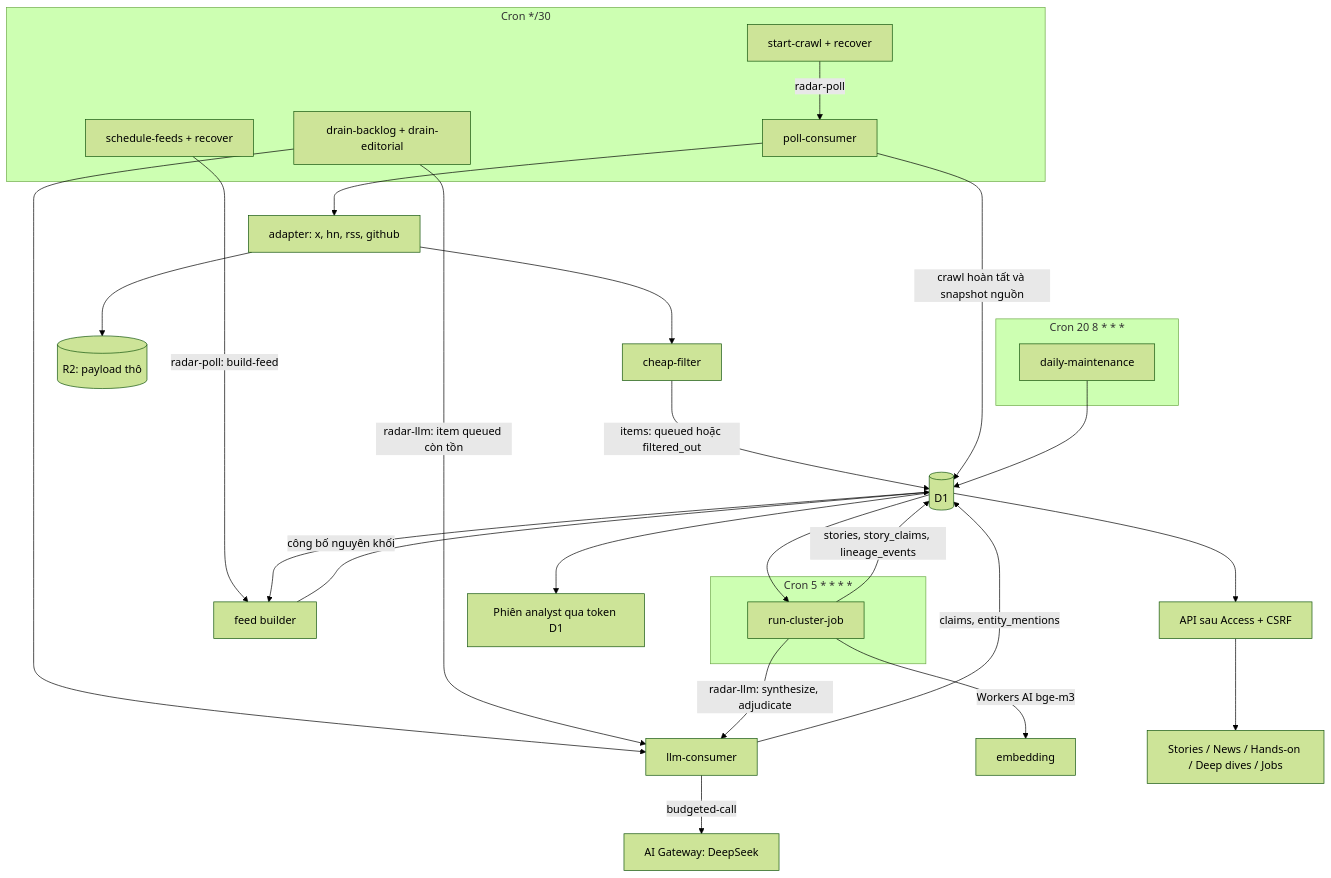
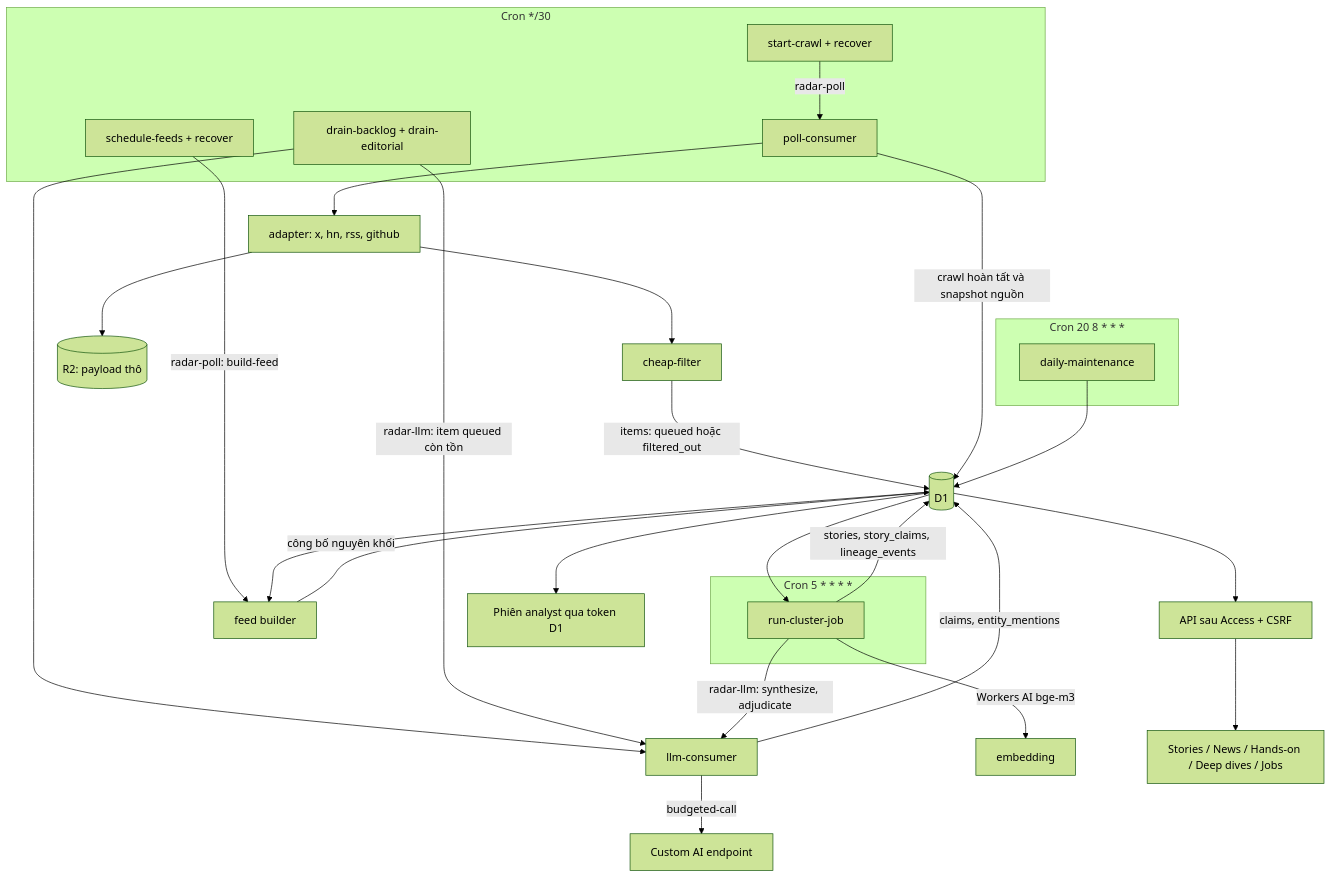
The diagram in docs/architecture.md (dijnie/content-radar), drawn with Mermaid (forest theme) before and after one commit. The commit also changed other lines of this file and 34 other files, not shown here.

````diff
--- a/docs/architecture.md
+++ b/docs/architecture.md
@@ -7,33 +7,33 @@
 ```mermaid
 flowchart TD
   subgraph "Cron */30"
     D[start-crawl + recover] -->|radar-poll| P[poll-consumer]
     DR[drain-backlog + drain-editorial]
     FS[schedule-feeds + recover]
   end
   P --> AD[adapter: x, hn, rss, github]
   AD --> R2[(R2: payload thô)]
   AD --> F[cheap-filter]
   F -->|items: queued hoặc filtered_out| D1[(D1)]
   P -->|crawl hoàn tất và snapshot nguồn| D1
   DR --> L[llm-consumer]
   FS -->|radar-poll: build-feed| FB[feed builder]
   D1 --> FB
   FB -->|công bố nguyên khối| D1
   DR -->|radar-llm: item queued còn tồn| L
-  L -->|budgeted-call| G[AI Gateway: DeepSeek]
+  L -->|budgeted-call| G[Custom AI endpoint]
   L -->|claims, entity_mentions| D1
   subgraph "Cron 5 * * * *"
     C[run-cluster-job]
   end
   D1 --> C
   C -->|Workers AI bge-m3| E[embedding]
   C -->|stories, story_claims, lineage_events| D1
   C -->|radar-llm: synthesize, adjudicate| L
   subgraph "Cron 20 8 * * *"
     M[daily-maintenance]
   end
   M --> D1
   D1 --> API[API sau Access + CSRF] --> WEB[Stories / News / Hands-on / Deep dives / Jobs]
   D1 --> AN[Phiên analyst qua token D1]
 ```
````
